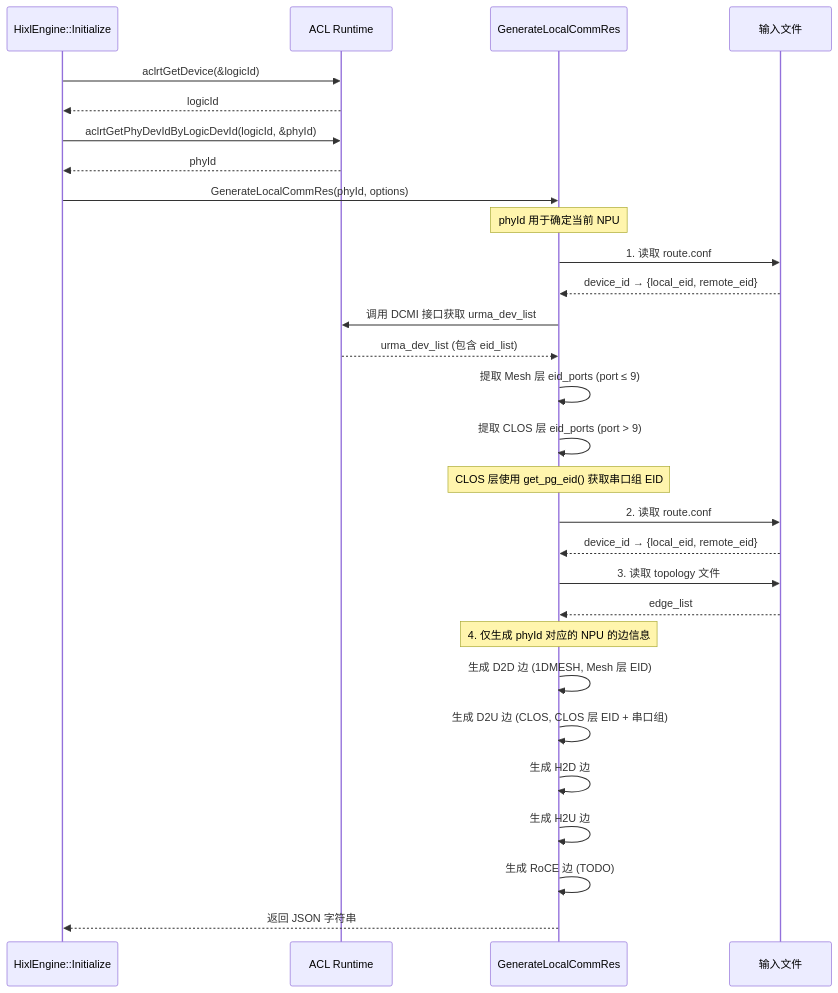
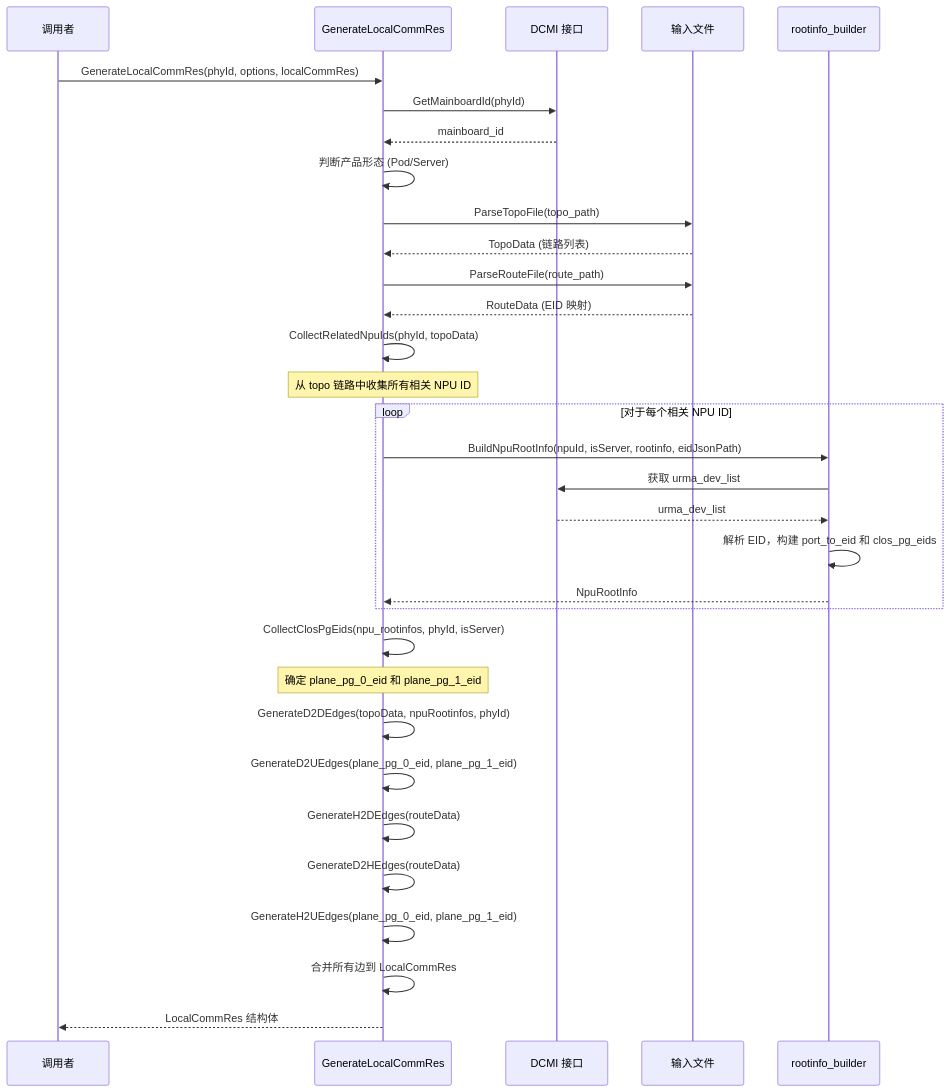
One commit to libochao-huawei/hixl changed the second of 2 diagrams in scripts/generate_local_comm_res.md. Above: the diagram before and after it, drawn with Mermaid. The commit also changed other lines of this file and 2 other files, not shown here.

````diff
--- a/scripts/generate_local_comm_res.md
+++ b/scripts/generate_local_comm_res.md
@@ -507,41 +400,43 @@
 ```mermaid
 sequenceDiagram
-    participant Caller as HixlEngine::Initialize
-    participant ACL as ACL Runtime
+    participant Caller as 调用者
     participant Gen as GenerateLocalCommRes
+    participant DCMI as DCMI 接口
     participant Files as 输入文件
+    participant Builder as rootinfo_builder
 
-    Caller->>ACL: aclrtGetDevice(&logicId)
-    ACL-->>Caller: logicId
+    Caller->>Gen: GenerateLocalCommRes(phyId, options, localCommRes)
 
-    Caller->>ACL: aclrtGetPhyDevIdByLogicDevId(logicId, &phyId)
-    ACL-->>Caller: phyId
+    Gen->>DCMI: GetMainboardId(phyId)
+    DCMI-->>Gen: mainboard_id
+    Gen->>Gen: 判断产品形态 (Pod/Server)
 
-    Caller->>Gen: GenerateLocalCommRes(phyId, options)
-    Note over Gen: phyId 用于确定当前 NPU
+    Gen->>Files: ParseTopoFile(topo_path)
+    Files-->>Gen: TopoData (链路列表)
 
-    Gen->>Files: 1. 读取 route.conf
-    Files-->>Gen: device_id → {local_eid, remote_eid}
+    Gen->>Files: ParseRouteFile(route_path)
+    Files-->>Gen: RouteData (EID 映射)
 
-    Gen->>ACL: 调用 DCMI 接口获取 urma_dev_list
-    ACL-->>Gen: urma_dev_list (包含 eid_list)
-    Gen->>Gen: 提取 Mesh 层 eid_ports (port ≤ 9)
-    Gen->>Gen: 提取 CLOS 层 eid_ports (port > 9)
-    Note over Gen: CLOS 层使用 get_pg_eid() 获取串口组 EID
+    Gen->>Gen: CollectRelatedNpuIds(phyId, topoData)
+    Note over Gen: 从 topo 链路中收集所有相关 NPU ID
 
-    Gen->>Files: 2. 读取 route.conf
-    Files-->>Gen: device_id → {local_eid, remote_eid}
+    loop 对于每个相关 NPU ID
+        Gen->>Builder: BuildNpuRootInfo(npuId, isServer, rootinfo, eidJsonPath)
+        Builder->>DCMI: 获取 urma_dev_list
+        DCMI-->>Builder: urma_dev_list
+        Builder->>Builder: 解析 EID，构建 port_to_eid 和 clos_pg_eids
+        Builder-->>Gen: NpuRootInfo
+    end
 
-    Gen->>Files: 3. 读取 topology 文件
-    Files-->>Gen: edge_list
+    Gen->>Gen: CollectClosPgEids(npu_rootinfos, phyId, isServer)
+    Note over Gen: 确定 plane_pg_0_eid 和 plane_pg_1_eid
 
-    Note over Gen: 4. 仅生成 phyId 对应的 NPU 的边信息
+    Gen->>Gen: GenerateD2DEdges(topoData, npuRootinfos, phyId)
+    Gen->>Gen: GenerateD2UEdges(plane_pg_0_eid, plane_pg_1_eid)
+    Gen->>Gen: GenerateH2DEdges(routeData)
+    Gen->>Gen: GenerateD2HEdges(routeData)
+    Gen->>Gen: GenerateH2UEdges(plane_pg_0_eid, plane_pg_1_eid)
 
-    Gen->>Gen: 生成 D2D 边 (1DMESH, Mesh 层 EID)
-    Gen->>Gen: 生成 D2U 边 (CLOS, CLOS 层 EID + 串口组)
-    Gen->>Gen: 生成 H2D 边
-    Gen->>Gen: 生成 H2U 边
-    Gen->>Gen: 生成 RoCE 边 (TODO)
-
-    Gen-->>Caller: 返回 JSON 字符串
+    Gen->>Gen: 合并所有边到 LocalCommRes
+    Gen-->>Caller: LocalCommRes 结构体
 ```
````
